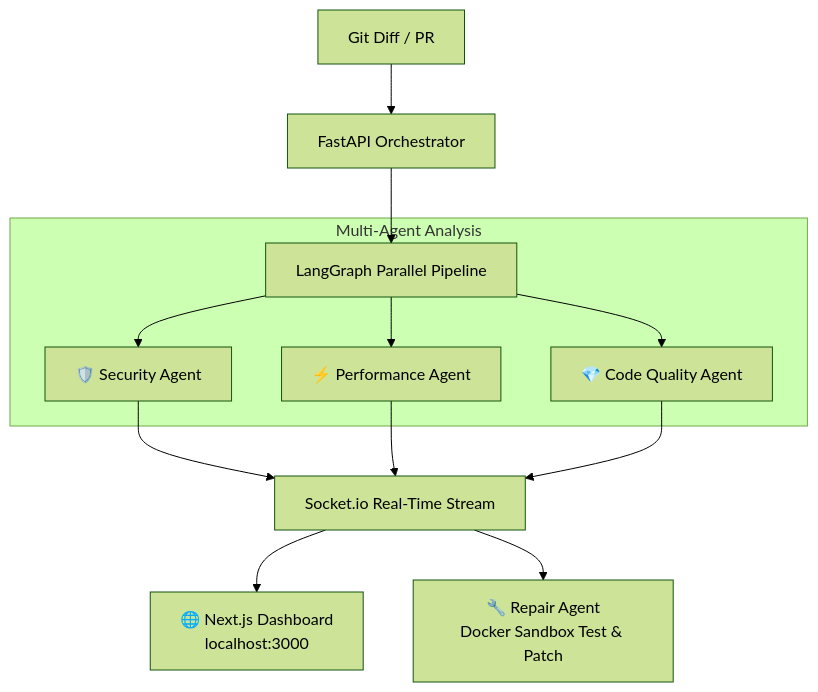
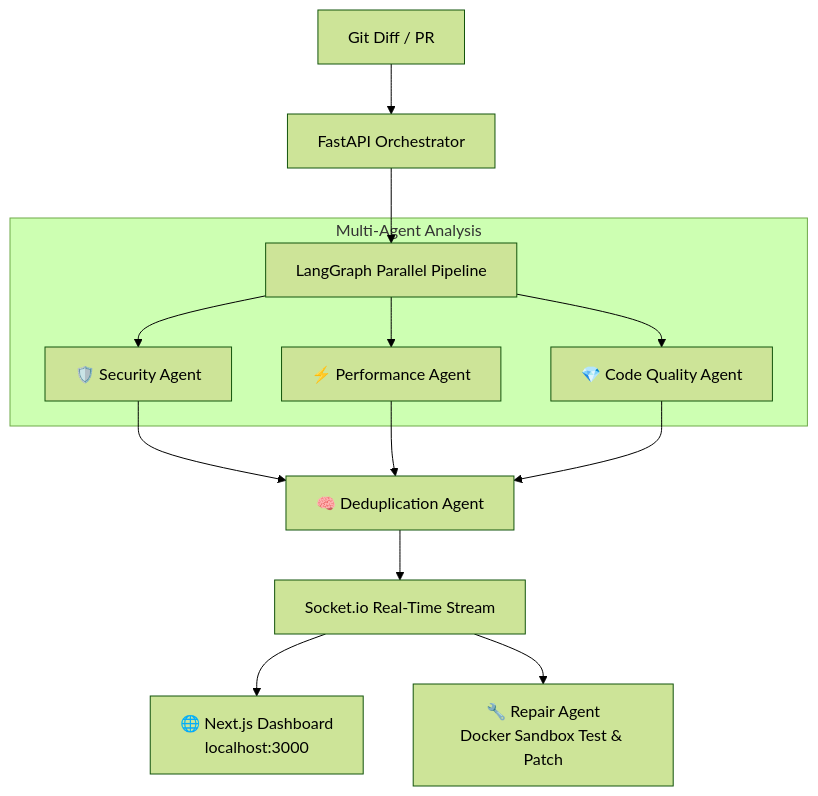
One commit to TUAHASHAIKH/Pulse changed the diagram in README.md. Above: the diagram before and after it, drawn with Mermaid (forest theme). The commit also changed 1 other file, not shown here.

Commit message:
update diagram

````diff
--- a/README.md
+++ b/README.md
@@ -20,18 +20,20 @@
 ```mermaid
 graph TD
     A[Git Diff / PR] --> B[FastAPI Orchestrator]
     B --> C[LangGraph Parallel Pipeline]
     
     subgraph Agents [Multi-Agent Analysis]
         C --> D[🛡️ Security Agent]
         C --> E[⚡ Performance Agent]
         C --> F[💎 Code Quality Agent]
     end
     
-    D --> G[Socket.io Real-Time Stream]
-    E --> G
-    F --> G
+    D --> DD[🧠 Deduplication Agent]
+    E --> DD
+    F --> DD
+    
+    DD --> G[Socket.io Real-Time Stream]
     
     G --> H[🌐 Next.js Dashboard<br>localhost:3000]
     G --> I[🔧 Repair Agent<br>Docker Sandbox Test & Patch]
 ```
````
